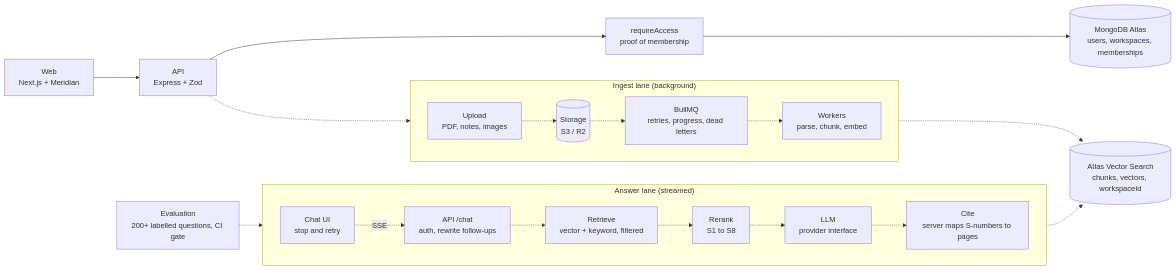
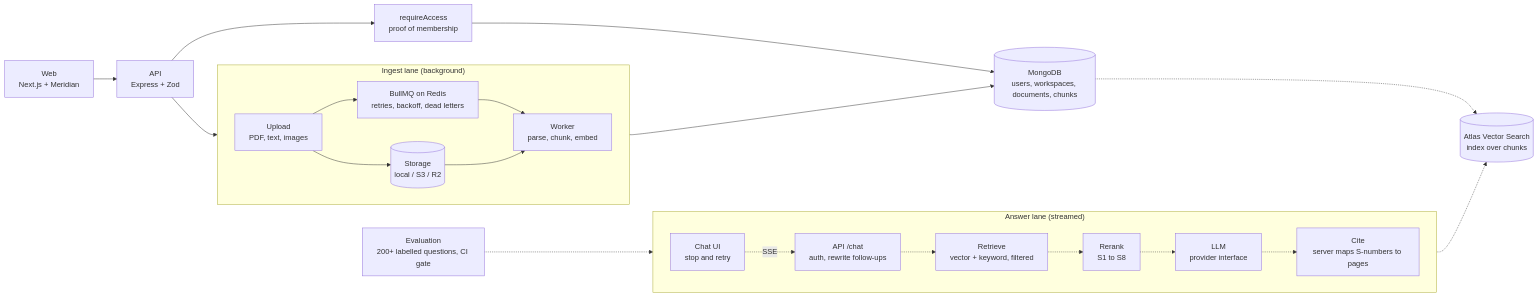
Before and after one commit to yashwanthvarma74-ai/Atlas-AI: the diagram in README.md, drawn with Mermaid. The commit also changed other lines of this file and 54 other files, not shown here.

First line of the commit message:
feat: week 2, ingest (upload, queue, worker, parsing, chunking, embeddings)

````diff
--- a/README.md
+++ b/README.md
@@ -37,24 +43,26 @@
 ```mermaid
 flowchart LR
   subgraph ingest["Ingest lane (background)"]
     direction LR
-    UP["Upload<br/>PDF, notes, images"] -.-> ST[("Storage<br/>S3 / R2")]
-    ST -.-> Q["BullMQ<br/>retries, progress, dead letters"]
-    Q -.-> W["Workers<br/>parse, chunk, embed"]
+    UP["Upload<br/>PDF, text, images"] --> ST[("Storage<br/>local / S3 / R2")]
+    UP --> Q["BullMQ on Redis<br/>retries, backoff, dead letters"]
+    Q --> W["Worker<br/>parse, chunk, embed"]
+    ST --> W
   end
   subgraph answer["Answer lane (streamed)"]
     direction LR
     CH["Chat UI<br/>stop and retry"] -.->|SSE| CA["API /chat<br/>auth, rewrite follow-ups"]
     CA -.-> RT["Retrieve<br/>vector + keyword, filtered"]
     RT -.-> RR["Rerank<br/>S1 to S8"]
     RR -.-> LLM["LLM<br/>provider interface"]
     LLM -.-> CI["Cite<br/>server maps S-numbers to pages"]
   end
   WEB["Web<br/>Next.js + Meridian"] --> API["API<br/>Express + Zod"]
   API --> AC["requireAccess<br/>proof of membership"]
-  AC --> DB[("MongoDB Atlas<br/>users, workspaces, memberships")]
-  API -.-> UP
-  W -.-> VS[("Atlas Vector Search<br/>chunks, vectors, workspaceId")]
-  RT -.-> VS
+  AC --> DB[("MongoDB<br/>users, workspaces, documents, chunks")]
+  API --> UP
+  W --> DB
+  RT -.-> VS[("Atlas Vector Search<br/>index over chunks")]
+  DB -.-> VS
   EV["Evaluation<br/>200+ labelled questions, CI gate"] -.-> RT
 ```
````
